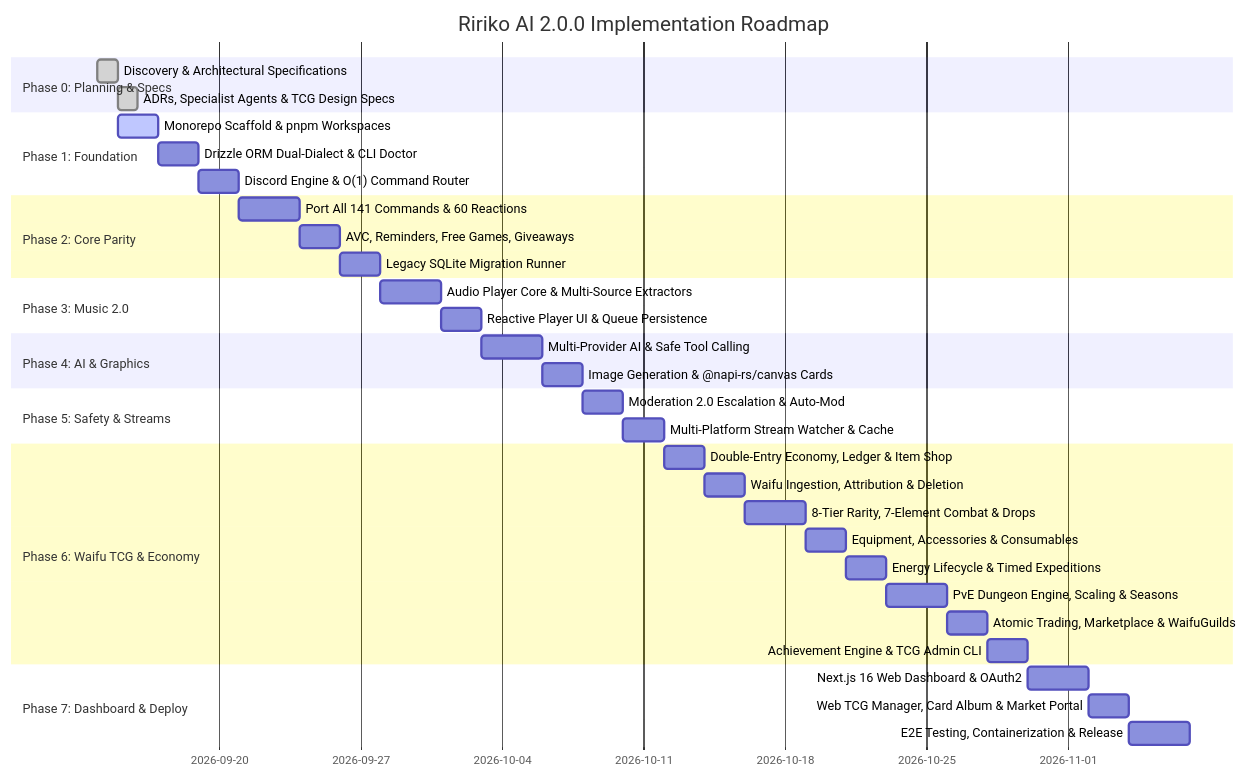
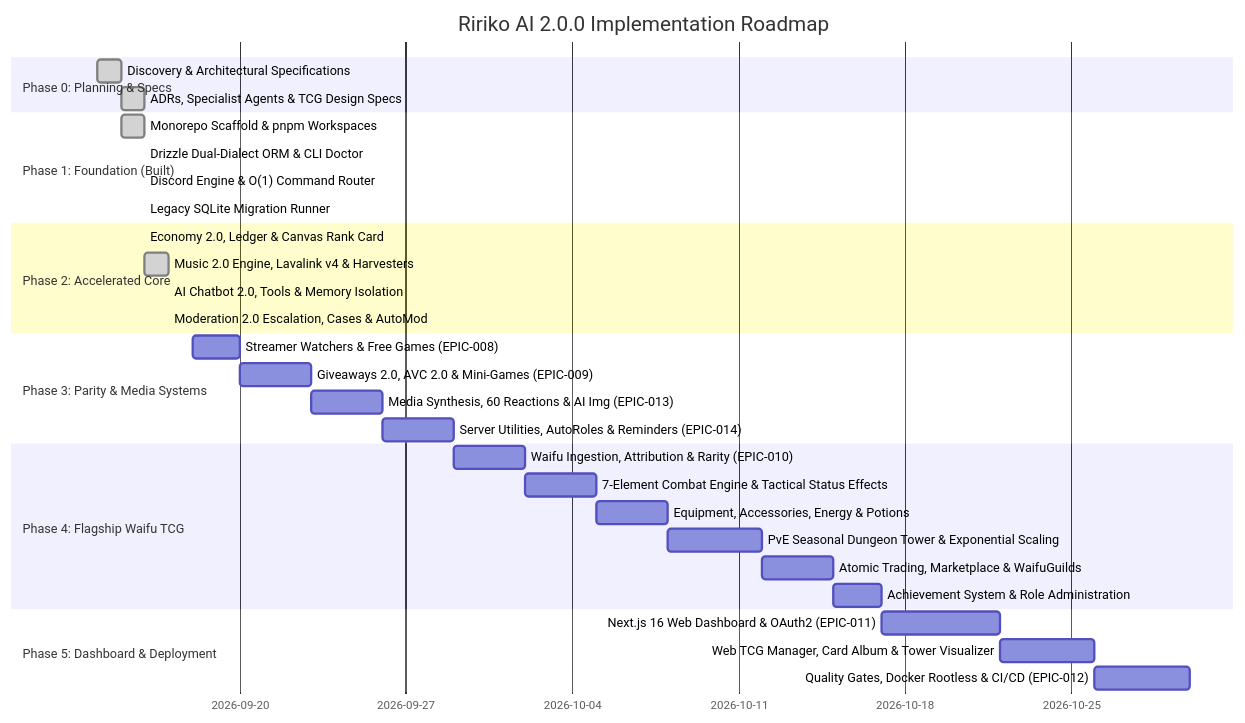
Before and after one commit to RirikoAI/RirikoBot: the diagram in docs/implementation-roadmap.md, drawn with Mermaid. The commit also changed other lines of this file and 2 other files, not shown here.

Commit message:
chore(scrum): Reconcile tasks and update implementation roadmap

````diff
--- a/docs/implementation-roadmap.md
+++ b/docs/implementation-roadmap.md
@@ -9,38 +10,34 @@
 ```mermaid
 gantt
     title Ririko AI 2.0.0 Implementation Roadmap
     dateFormat  YYYY-MM-DD
     section Phase 0: Planning & Specs
-    Discovery & Architectural Specifications   :done, 2026-09-14, 1d
-    ADRs, Specialist Agents & TCG Design Specs :done, 2026-09-15, 1d
-    section Phase 1: Foundation
-    Monorepo Scaffold & pnpm Workspaces        :active, 2026-09-15, 2d
-    Drizzle ORM Dual-Dialect & CLI Doctor      :2026-09-17, 2d
-    Discord Engine & O(1) Command Router       :2026-09-19, 2d
-    section Phase 2: Core Parity
-    Port All 141 Commands & 60 Reactions       :2026-09-21, 3d
-    AVC, Reminders, Free Games, Giveaways      :2026-09-24, 2d
-    Legacy SQLite Migration Runner             :2026-09-26, 2d
-    section Phase 3: Music 2.0
-    Audio Player Core & Multi-Source Extractors:2026-09-28, 3d
-    Reactive Player UI & Queue Persistence     :2026-10-01, 2d
-    section Phase 4: AI & Graphics
-    Multi-Provider AI & Safe Tool Calling      :2026-10-03, 3d
-    Image Generation & @napi-rs/canvas Cards   :2026-10-06, 2d
-    section Phase 5: Safety & Streams
-    Moderation 2.0 Escalation & Auto-Mod       :2026-10-08, 2d
-    Multi-Platform Stream Watcher & Cache      :2026-10-10, 2d
-    section Phase 6: Waifu TCG & Economy
-    Double-Entry Economy, Ledger & Item Shop   :2026-10-12, 2d
-    Waifu Ingestion, Attribution & Deletion    :2026-10-14, 2d
-    8-Tier Rarity, 7-Element Combat & Drops    :2026-10-16, 3d
-    Equipment, Accessories & Consumables       :2026-10-19, 2d
-    Energy Lifecycle & Timed Expeditions       :2026-10-21, 2d
-    PvE Dungeon Engine, Scaling & Seasons      :2026-10-23, 3d
-    Atomic Trading, Marketplace & WaifuGuilds  :2026-10-26, 2d
-    Achievement Engine & TCG Admin CLI         :2026-10-28, 2d
-    section Phase 7: Dashboard & Deploy
-    Next.js 16 Web Dashboard & OAuth2          :2026-10-30, 3d
-    Web TCG Manager, Card Album & Market Portal:2026-11-02, 2d
-    E2E Testing, Containerization & Release    :2026-11-04, 3d
+    Discovery & Architectural Specifications   :done, 2026-09-14, 2026-09-15
+    ADRs, Specialist Agents & TCG Design Specs :done, 2026-09-15, 2026-09-16
+    section Phase 1: Foundation (Built)
+    Monorepo Scaffold & pnpm Workspaces        :done, 2026-09-15, 2026-09-16
+    Drizzle Dual-Dialect ORM & CLI Doctor      :done, 2026-09-16, 2026-09-16
+    Discord Engine & O(1) Command Router       :done, 2026-09-16, 2026-09-16
+    Legacy SQLite Migration Runner             :done, 2026-09-16, 2026-09-16
+    section Phase 2: Accelerated Core
+    Economy 2.0, Ledger & Canvas Rank Card     :done, 2026-09-16, 2026-09-16
+    Music 2.0 Engine, Lavalink v4 & Harvesters :done, 2026-09-16, 2026-09-17
+    AI Chatbot 2.0, Tools & Memory Isolation   :done, 2026-09-17, 2026-09-17
+    Moderation 2.0 Escalation, Cases & AutoMod :done, 2026-09-17, 2026-09-17
+    section Phase 3: Parity & Media Systems
+    Streamer Watchers & Free Games (EPIC-008)  :2026-09-18, 2d
+    Giveaways 2.0, AVC 2.0 & Mini-Games (EPIC-009) :2026-09-20, 3d
+    Media Synthesis, 60 Reactions & AI Img (EPIC-013) :2026-09-23, 3d
+    Server Utilities, AutoRoles & Reminders (EPIC-014) :2026-09-26, 3d
+    section Phase 4: Flagship Waifu TCG
+    Waifu Ingestion, Attribution & Rarity (EPIC-010) :2026-09-29, 3d
+    7-Element Combat Engine & Tactical Status Effects :2026-10-02, 3d
+    Equipment, Accessories, Energy & Potions          :2026-10-05, 3d
+    PvE Seasonal Dungeon Tower & Exponential Scaling  :2026-10-08, 4d
+    Atomic Trading, Marketplace & WaifuGuilds        :2026-10-12, 3d
+    Achievement System & Role Administration         :2026-10-15, 2d
+    section Phase 5: Dashboard & Deployment
+    Next.js 16 Web Dashboard & OAuth2 (EPIC-011)      :2026-10-17, 5d
+    Web TCG Manager, Card Album & Tower Visualizer    :2026-10-22, 4d
+    Quality Gates, Docker Rootless & CI/CD (EPIC-012) :2026-10-26, 4d
 ```
````
